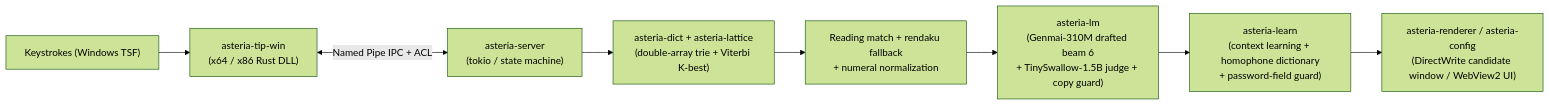
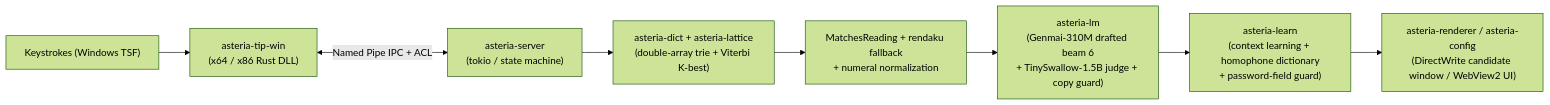
The diagram in README.md (aruiki/Asteria-Japanese-IME), drawn with Mermaid (forest theme) before and after one commit. The commit also changed other lines of this file and 1 other file, not shown here.

````diff
--- a/README.md
+++ b/README.md
@@ -146,10 +103,10 @@
 ```mermaid
 flowchart LR
     Key["Keystrokes (Windows TSF)"] --> TIP["asteria-tip-win<br/>(x64 / x86 Rust DLL)"]
     TIP <-->|Named Pipe IPC + ACL| Server["asteria-server<br/>(tokio / state machine)"]
     Server --> Lattice["asteria-dict + asteria-lattice<br/>(double-array trie + Viterbi K-best)"]
-    Lattice --> Validate["Reading match + rendaku fallback<br/>+ numeral normalization"]
+    Lattice --> Validate["MatchesReading + rendaku fallback<br/>+ numeral normalization"]
     Validate --> LM["asteria-lm<br/>(Genmai-310M drafted beam 6<br/>+ TinySwallow-1.5B judge + copy guard)"]
     LM --> Learn["asteria-learn<br/>(context learning + homophone dictionary<br/>+ password-field guard)"]
     Learn --> UI["asteria-renderer / asteria-config<br/>(DirectWrite candidate window / WebView2 UI)"]
 ```
````
